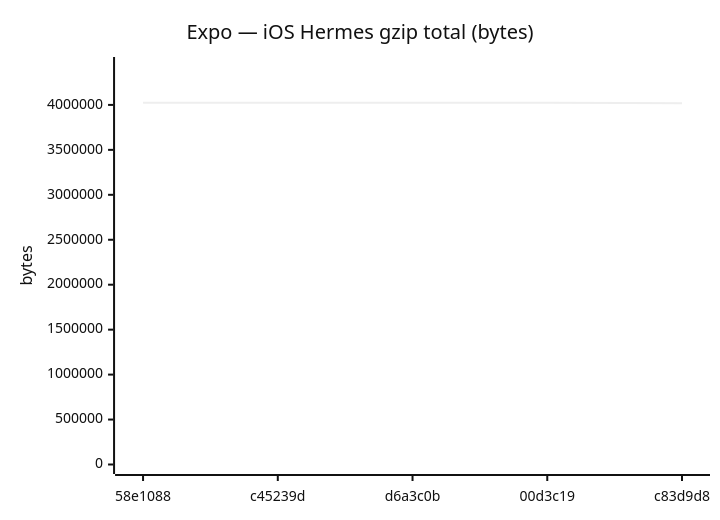
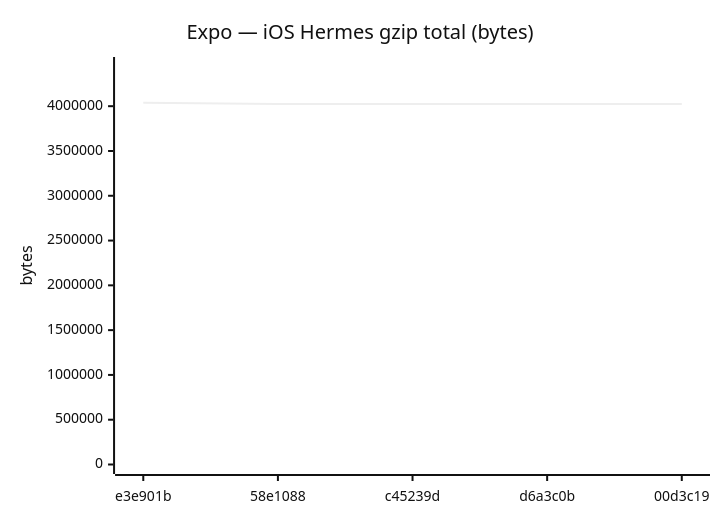
One commit to Metaheurist/Rianell changed diagram 12 of 18 in benchmarks/compare.md. Above: the diagram before and after it, drawn with Mermaid (neutral theme). The commit also changed other lines of this file and 11 other files, not shown here.

````diff
--- a/benchmarks/compare.md
+++ b/benchmarks/compare.md
@@ -179,7 +179,7 @@
 ```mermaid
 xychart-beta
     title "Expo — iOS Hermes gzip total (bytes)"
-    x-axis ["58e1088", "c45239d", "d6a3c0b", "00d3c19", "c83d9d8"]
-    y-axis "bytes" 0 --> 4427238
-    line [4023650, 4023650, 4023645, 4024761, 4017281]
+    x-axis ["e3e901b", "58e1088", "c45239d", "d6a3c0b", "00d3c19"]
+    y-axis "bytes" 0 --> 4443097
+    line [4039179, 4023650, 4023650, 4023645, 4024761]
 ```
````
